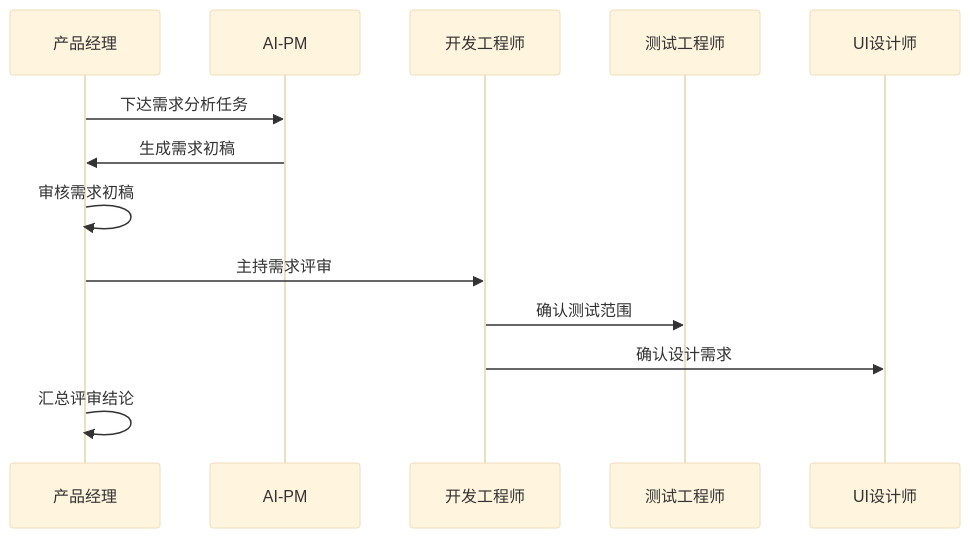
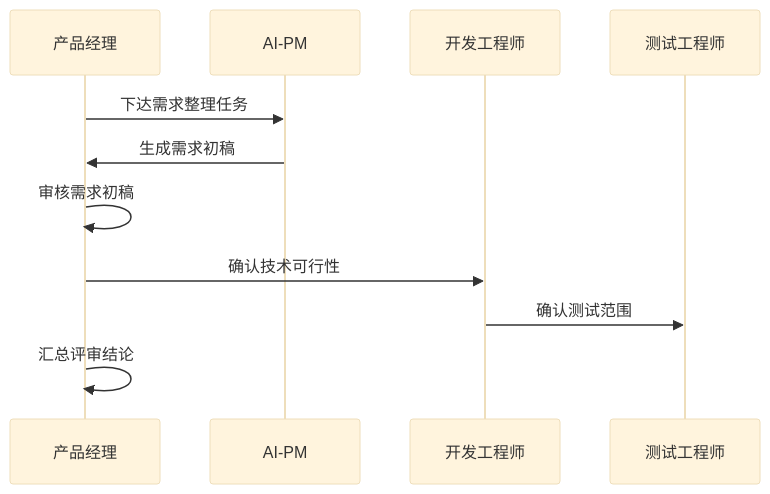
One commit to zhangjian24/llm changed the second of 4 diagrams in edu-ai-platform/docs/迭代SOP/04_迭代流程/01_迭代准备.md. Above: the diagram before and after it, drawn with Mermaid (base theme). The commit also changed other lines of this file and 17 other files, not shown here.

````diff
--- a/edu-ai-platform/docs/迭代SOP/04_迭代流程/01_迭代准备.md
+++ b/edu-ai-platform/docs/迭代SOP/04_迭代流程/01_迭代准备.md
@@ -33,16 +141,14 @@
 ```mermaid
 sequenceDiagram
     participant PM as 产品经理
     participant AI as AI-PM
     participant DEV as 开发工程师
     participant QA as 测试工程师
-    participant UI as UI设计师
 
-    PM->>AI: 下达需求分析任务
+    PM->>AI: 下达需求整理任务
     AI->>PM: 生成需求初稿
     PM->>PM: 审核需求初稿
-    PM->>DEV: 主持需求评审
+    PM->>DEV: 确认技术可行性
     DEV->>QA: 确认测试范围
-    DEV->>UI: 确认设计需求
     PM->>PM: 汇总评审结论
 ```
````
